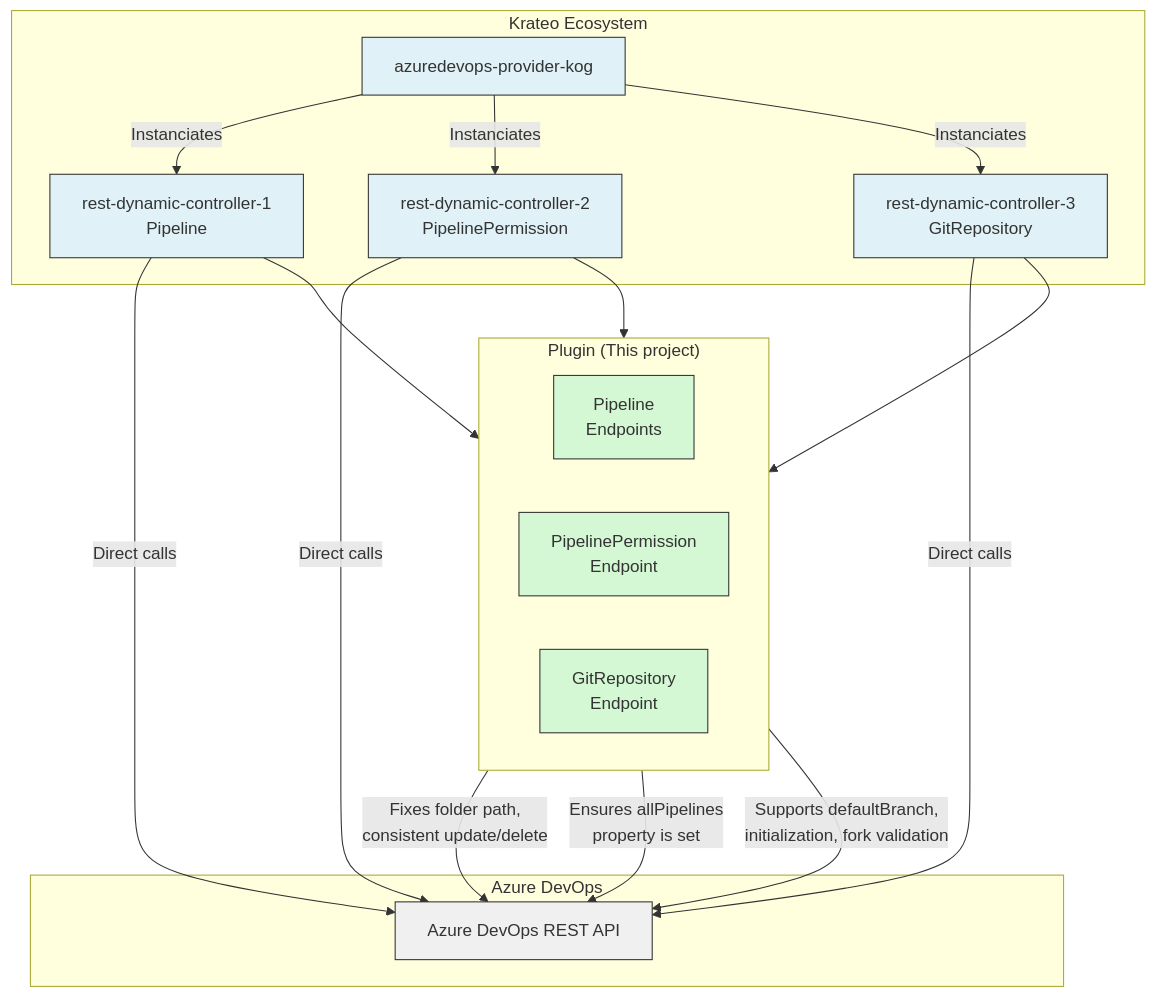
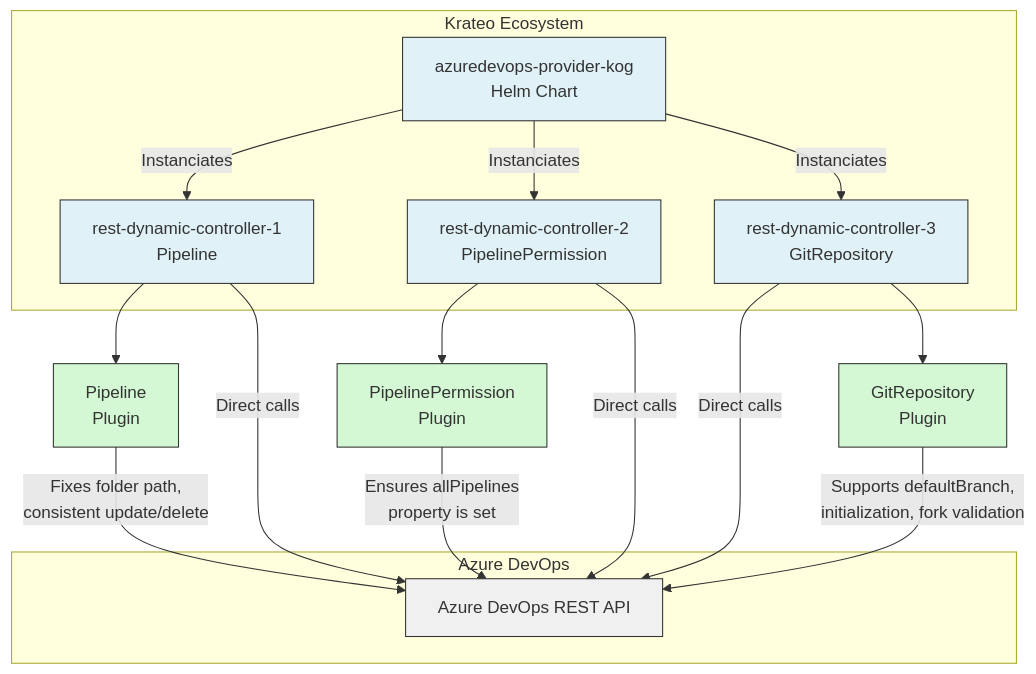
Before and after one commit to krateoplatformops-blueprints/azuredevops-provider-kog: the diagram in plugins/README.md, drawn with Mermaid. The commit also changed other lines of this file and 184 other files, not shown here.

````diff
--- a/plugins/README.md
+++ b/plugins/README.md
@@ -40,53 +52,48 @@
 ```mermaid
 graph TD
     %% Define node order early to influence layout
     KOG -- Instanciates --> RDC1
     KOG -- Instanciates --> RDC2
     KOG -- Instanciates --> RDC3
 
-    
     RDC1 --> Pipeline
     RDC1 -- Direct calls --> ADO_API
 
     RDC2 --> PipelinePermission
     RDC2 -- Direct calls --> ADO_API
     
     
     RDC3 -- Direct calls --> ADO_API
     RDC3 --> GitRepository
     
-
     Pipeline -- "Fixes folder path,<br>consistent update/delete" --> ADO_API
     PipelinePermission -- "Ensures allPipelines<br>property is set" --> ADO_API
     GitRepository -- "Supports defaultBranch,<br>initialization, fork validation" --> ADO_API
 
     subgraph Krateo Ecosystem
-        KOG[azuredevops-provider-kog]
+        KOG[azuredevops-provider-kog <br> Helm Chart]
         RDC1[rest-dynamic-controller-1 <br> Pipeline]
         RDC2[rest-dynamic-controller-2 <br> PipelinePermission]
         RDC3[rest-dynamic-controller-3 <br> GitRepository]
 
     end
 
-    subgraph "Plugin (This project)"
-        direction LR
-        Pipeline[Pipeline<br>Endpoints]
-        PipelinePermission[PipelinePermission<br>Endpoint]
-        GitRepository[GitRepository<br>Endpoint]
-    end
-
+    Pipeline[Pipeline<br>Plugin]
+    PipelinePermission[PipelinePermission<br>Plugin]
+    GitRepository[GitRepository<br>Plugin]
+    
     subgraph Azure DevOps
         ADO_API[Azure DevOps REST API]
     end
 
     %% Styling
     style RDC1 fill:#e0f2f7,stroke:#333,stroke-width:1px
     style RDC2 fill:#e0f2f7,stroke:#333,stroke-width:1px
     style RDC3 fill:#e0f2f7,stroke:#333,stroke-width:1px
     style KOG fill:#e0f2f7,stroke:#333,stroke-width:1px
     style ADO_API fill:#f0f0f0,stroke:#333,stroke-width:1px
     style Pipeline fill:#d4f8d4,stroke:#333,stroke-width:1px
     style PipelinePermission fill:#d4f8d4,stroke:#333,stroke-width:1px
     style GitRepository fill:#d4f8d4,stroke:#333,stroke-width:1px
 
 ```
````
